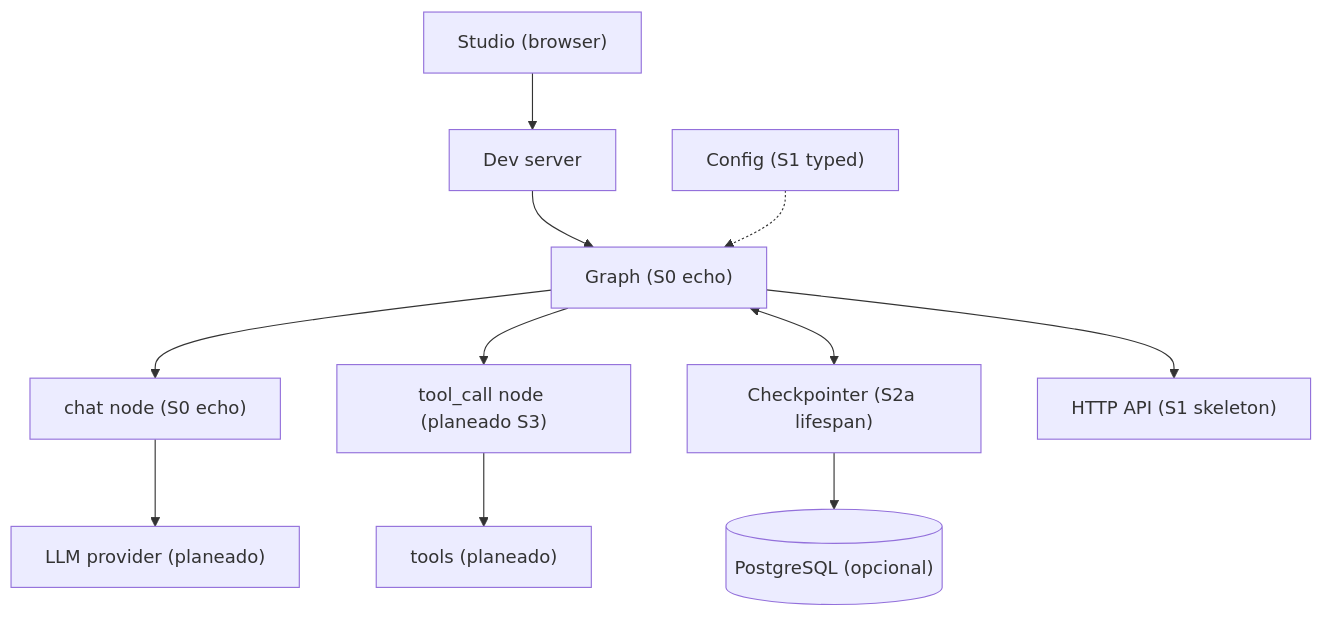
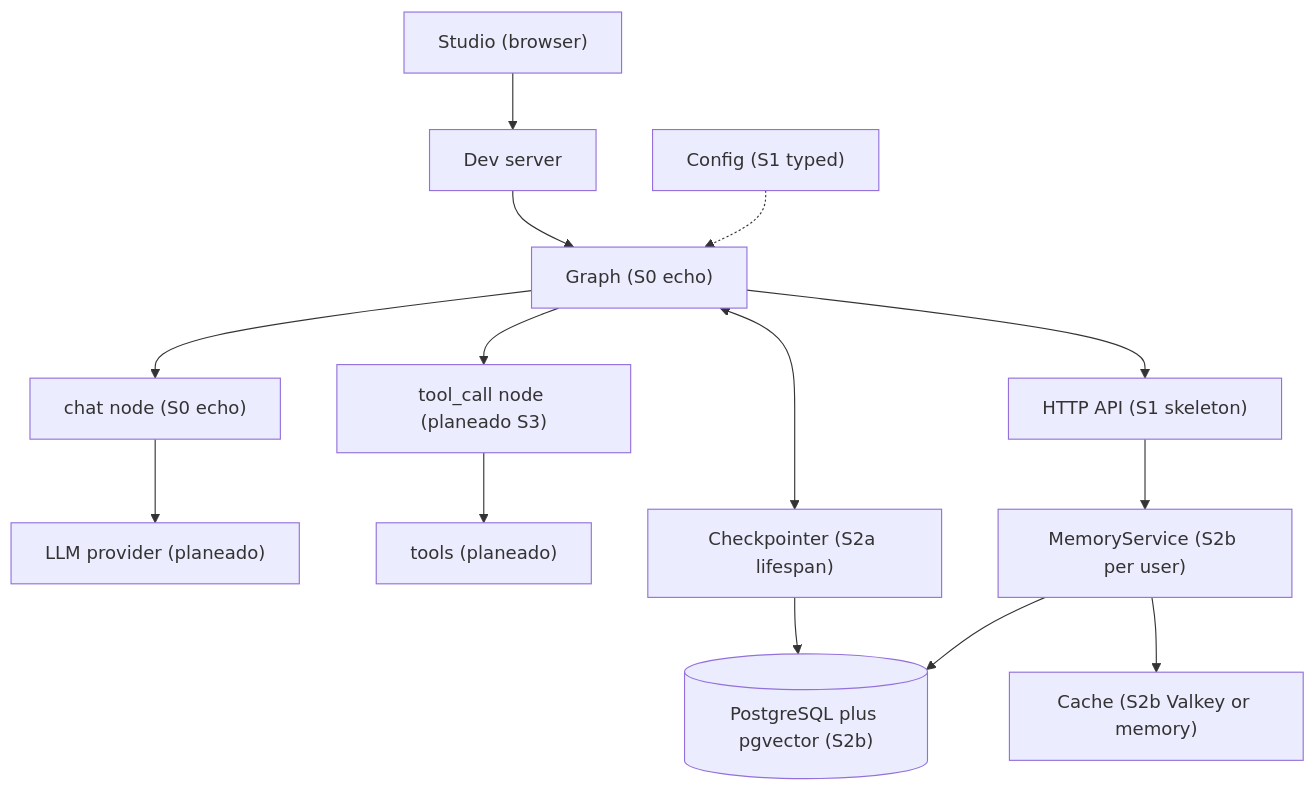
One commit to dinoesau/langgraph-template changed the first of 3 diagrams in docs/architecture.md. Above: the diagram before and after it, drawn with Mermaid. The commit also changed other lines of this file and 16 other files, not shown here.

First line of the commit message:
feat(s2b): semantic memory plus cache

````diff
--- a/docs/architecture.md
+++ b/docs/architecture.md
@@ -12,13 +13,16 @@
 ```mermaid
 graph TB
     Studio["Studio (browser)"] --> Dev["Dev server"]
     Dev --> Graph["Graph (S0 echo)"]
     Graph --> Chat["chat node (S0 echo)"]
     Graph --> ToolCall["tool_call node (planeado S3)"]
     Chat --> LLM["LLM provider (planeado)"]
     ToolCall --> Tools["tools (planeado)"]
     Graph <--> Ckpt["Checkpointer (S2a lifespan)"]
-    Ckpt --> PG[("PostgreSQL (opcional)")]
+    Ckpt --> PG[("PostgreSQL plus pgvector (S2b)")]
     Graph --> API["HTTP API (S1 skeleton)"]
+    API --> Mem["MemoryService (S2b per user)"]
+    Mem --> Cache["Cache (S2b Valkey or memory)"]
+    Mem --> PG
     Cfg["Config (S1 typed)"] -.-> Graph
 ```
````
